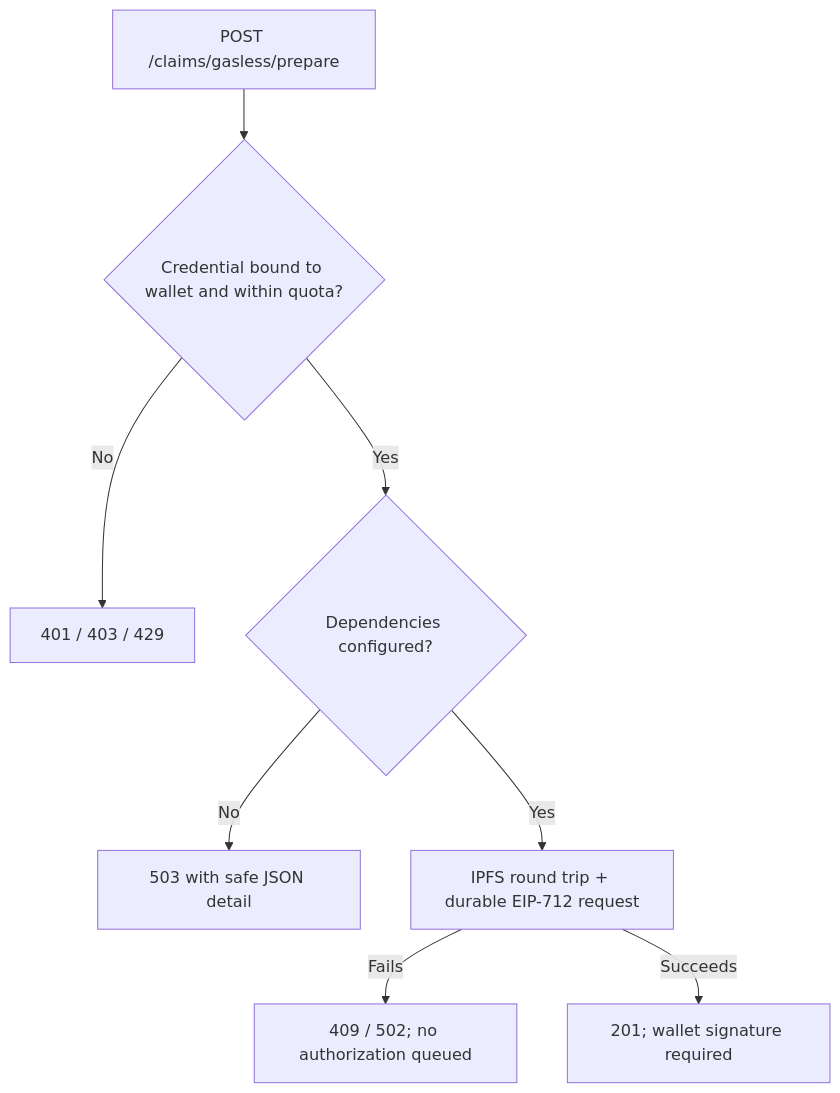
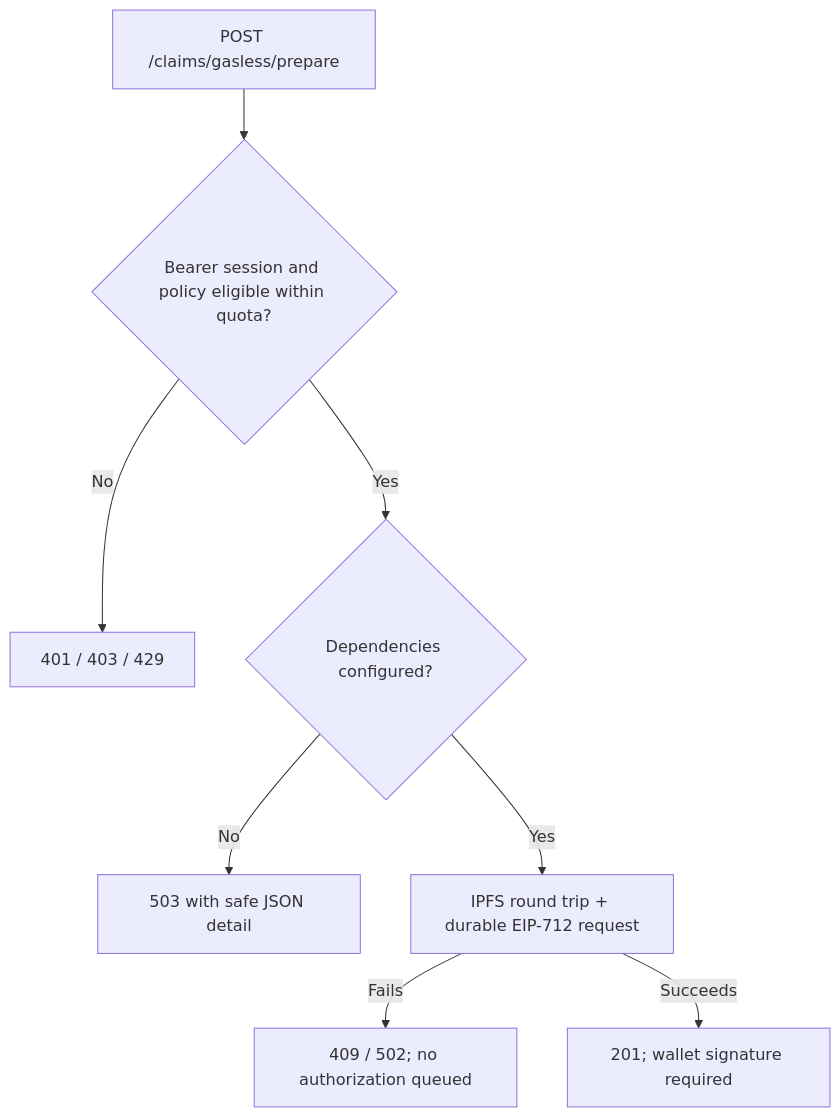
Before and after one commit to ganesh1997oli/Decentralized-Claims-Registry: the second of 2 diagrams in apps/backend/BACKEND.md, drawn with Mermaid. The commit also changed other lines of this file and 55 other files, not shown here.

````diff
--- a/apps/backend/BACKEND.md
+++ b/apps/backend/BACKEND.md
@@ -290,10 +308,10 @@
 ```mermaid
 flowchart TD
-    Request["POST /claims/gasless/prepare"] --> Auth{"Credential bound to wallet and within quota?"}
+    Request["POST /claims/gasless/prepare"] --> Auth{"Bearer session and policy eligible within quota?"}
     Auth -->|No| FourXX["401 / 403 / 429"]
     Auth -->|Yes| Config{"Dependencies configured?"}
     Config -->|No| Unavailable["503 with safe JSON detail"]
     Config -->|Yes| Prepare["IPFS round trip + durable EIP-712 request"]
     Prepare -->|Fails| Gateway["409 / 502; no authorization queued"]
     Prepare -->|Succeeds| Created["201; wallet signature required"]
 ```
````
